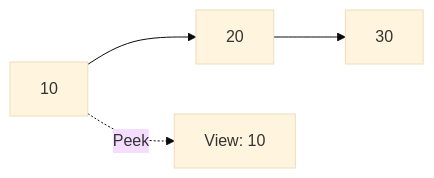
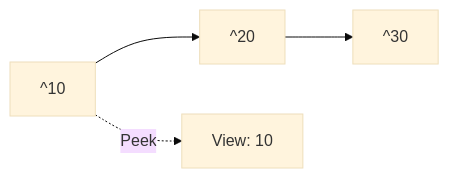
Before and after one commit to ClaudiuBogdan/musclecode-backend-main-service: the third of 3 diagrams in src/modules/algorithm/seed/algorithms/queue/lessons/002_queue_operations.md, drawn with Mermaid (base theme). The commit also changed other lines of this file and 5 other files, not shown here.

````diff
--- a/src/modules/algorithm/seed/algorithms/queue/lessons/002_queue_operations.md
+++ b/src/modules/algorithm/seed/algorithms/queue/lessons/002_queue_operations.md
@@ -41,5 +33,5 @@
 ```mermaid
 graph LR
-    A[10] --> B[20] --> C[30]
+    A[^10] --> B[^20] --> C[^30]
     A -. Peek .-> D[View: 10]
 ```
````
